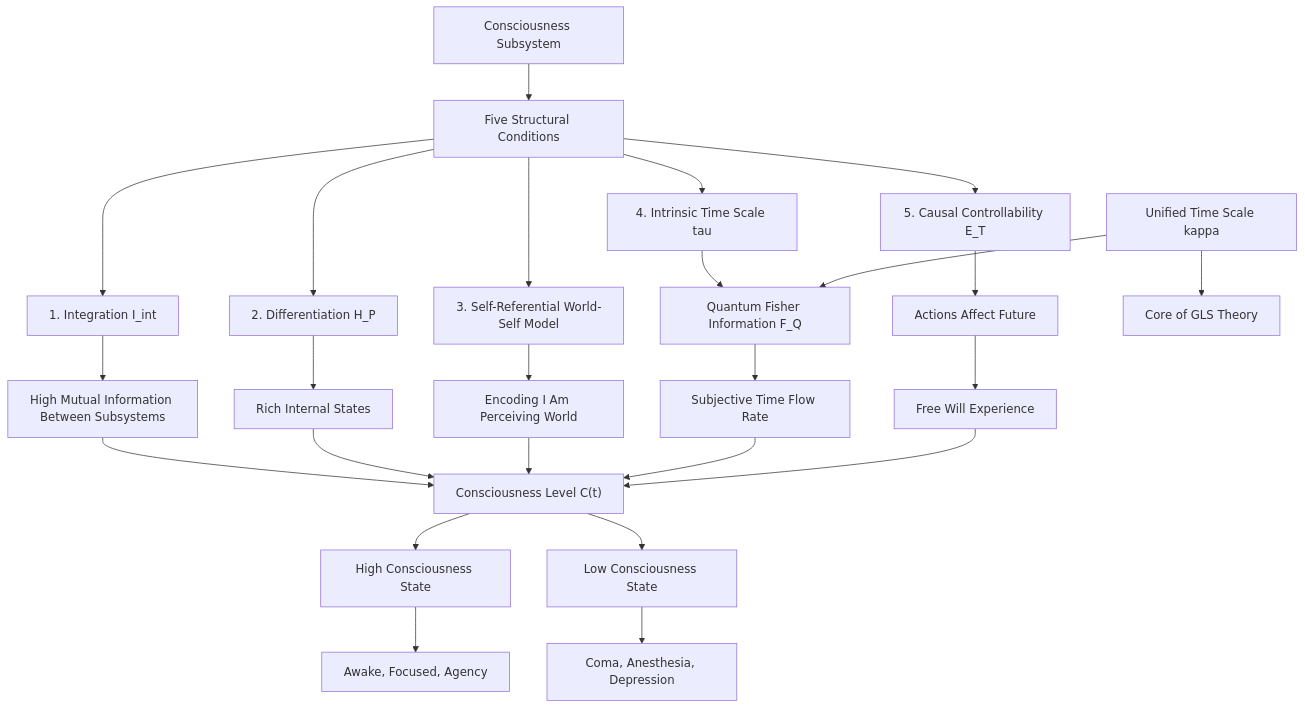
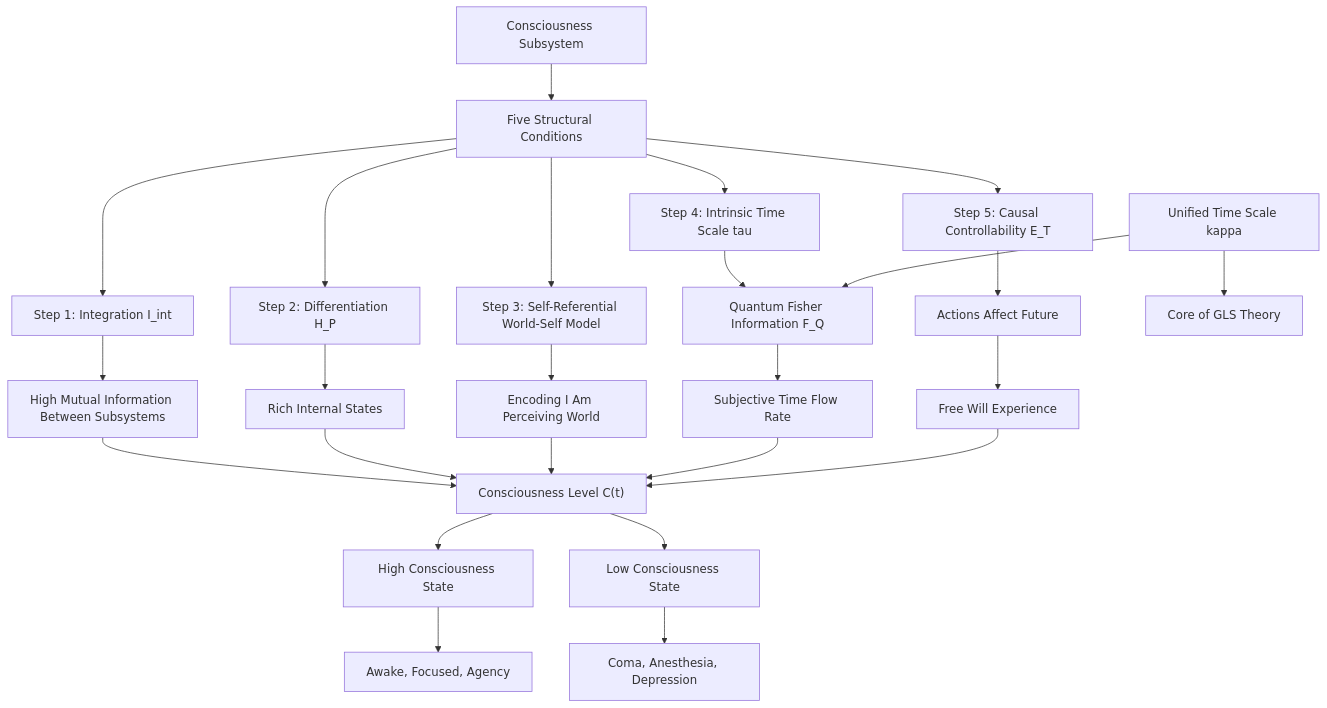
One commit to loning/zeckendorf-hilbert changed the fourth of 4 diagrams in docs/euler-article/gls-union/13-advanced-topics/03-consciousness_en.md. Above: the diagram before and after it, drawn with Mermaid. The commit also changed 26 other files, not shown here.

````diff
--- a/docs/euler-article/gls-union/13-advanced-topics/03-consciousness_en.md
+++ b/docs/euler-article/gls-union/13-advanced-topics/03-consciousness_en.md
@@ -1207,34 +1207,34 @@
 ```mermaid
 graph TB
     A["Consciousness Subsystem"] --> B["Five Structural Conditions"]
 
-    B --> C["1. Integration I_int"]
-    B --> D["2. Differentiation H_P"]
-    B --> E["3. Self-Referential World-Self Model"]
-    B --> F["4. Intrinsic Time Scale tau"]
-    B --> G["5. Causal Controllability E_T"]
+    B --> C["Step 1: Integration I_int"]
+    B --> D["Step 2: Differentiation H_P"]
+    B --> E["Step 3: Self-Referential World-Self Model"]
+    B --> F["Step 4: Intrinsic Time Scale tau"]
+    B --> G["Step 5: Causal Controllability E_T"]
 
     C --> H["High Mutual Information Between Subsystems"]
     D --> I["Rich Internal States"]
     E --> J["Encoding I Am Perceiving World"]
     F --> K["Quantum Fisher Information F_Q"]
     G --> L["Actions Affect Future"]
 
     K --> M["Subjective Time Flow Rate"]
     L --> N["Free Will Experience"]
 
     H --> O["Consciousness Level C(t)"]
     I --> O
     J --> O
     M --> O
     N --> O
 
     O --> P["High Consciousness State"]
     O --> Q["Low Consciousness State"]
 
     P --> R["Awake, Focused, Agency"]
     Q --> S["Coma, Anesthesia, Depression"]
 
     T["Unified Time Scale kappa"] --> K
     T --> U["Core of GLS Theory"]
 ```
````
